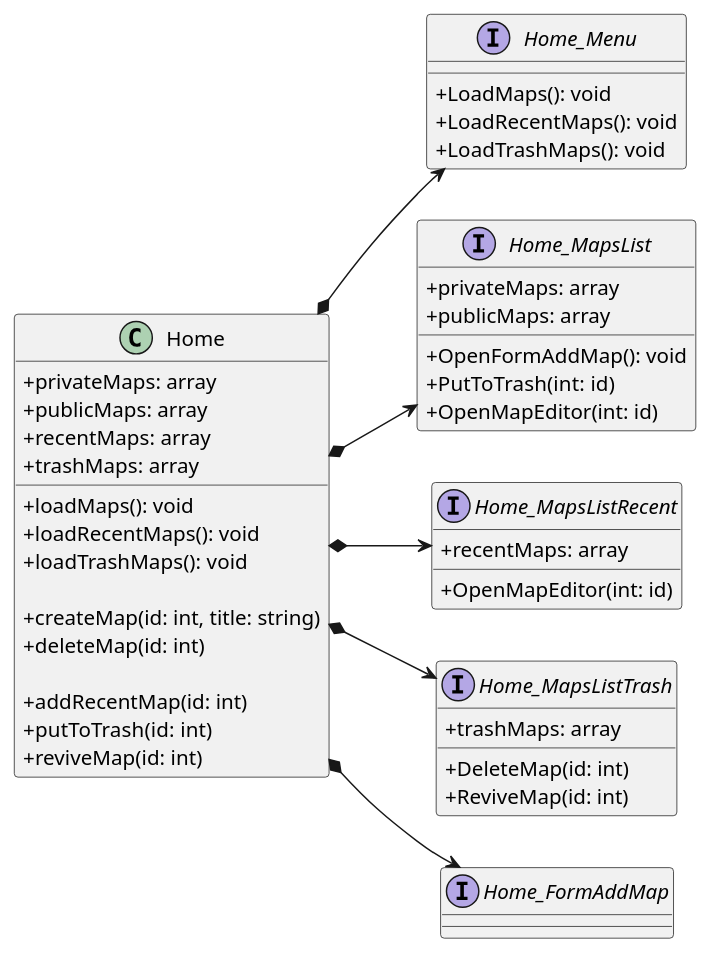
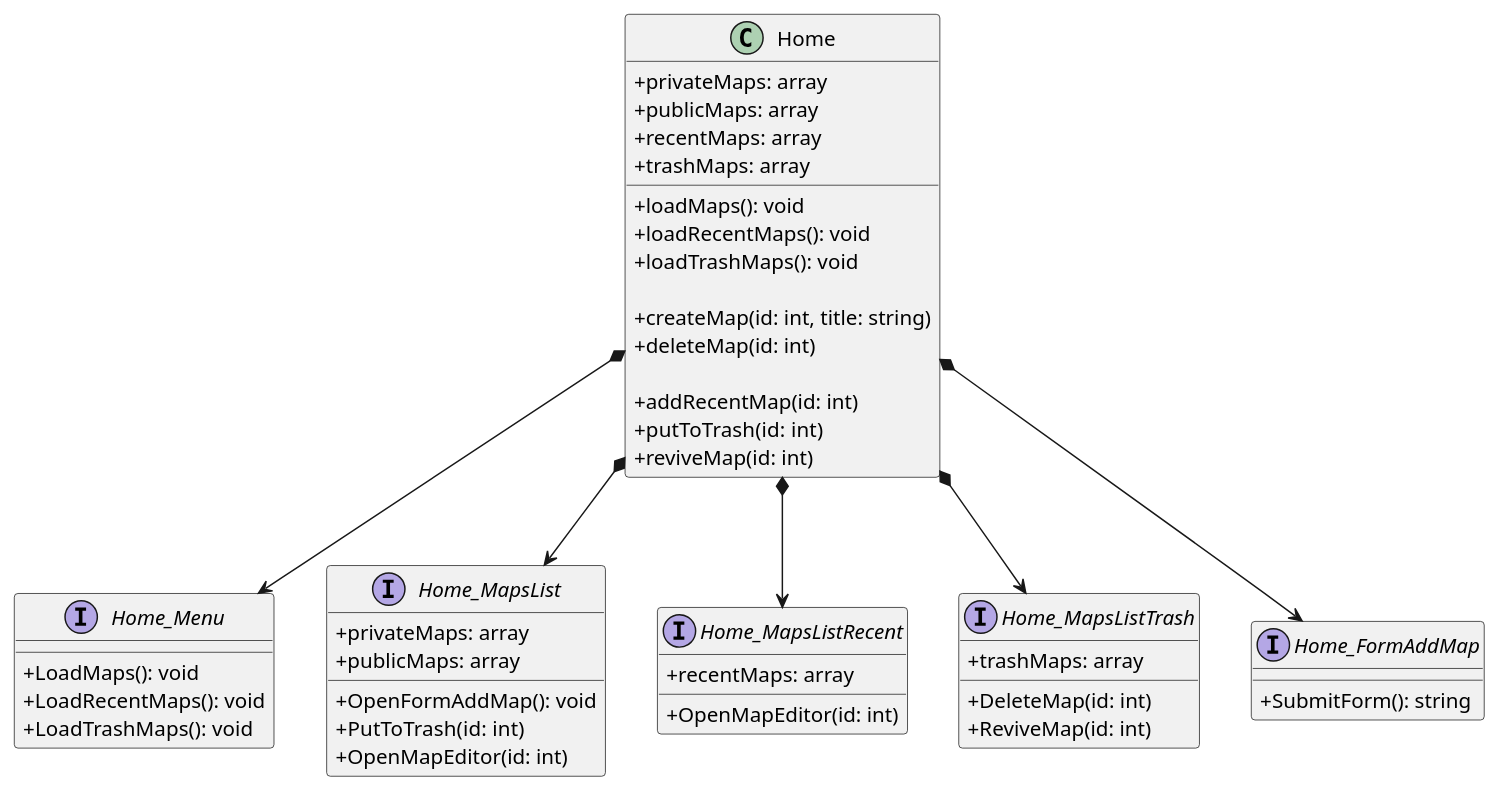
Before and after one commit to Stiivenson/project-exodus: the diagram in uml/Class diagram - Home.wsd, drawn with PlantUML. The commit also changed 37 other files, not shown here.

```diff
--- a/uml/Class diagram - Home.wsd
+++ b/uml/Class diagram - Home.wsd
@@ -1,57 +1,59 @@
 @startuml Use Case
 skinparam classAttributeIconSize 0
-left to right direction
+' left to right direction
 class Home {
         +privateMaps: array
         +publicMaps: array
         +recentMaps: array
         +trashMaps: array
 
         +loadMaps(): void
         +loadRecentMaps(): void
         +loadTrashMaps(): void
 
         +createMap(id: int, title: string)
         +deleteMap(id: int)
         
         +addRecentMap(id: int)
         +putToTrash(id: int)
         +reviveMap(id: int)
 }
 
 
 
 interface Home_Menu {
         +LoadMaps(): void
         +LoadRecentMaps(): void
         +LoadTrashMaps(): void
 }
 interface Home_MapsList {
         +privateMaps: array
         +publicMaps: array
 
         +OpenFormAddMap(): void
-        +PutToTrash(int: id)
-        +OpenMapEditor(int: id)
+        +PutToTrash(id: int)
+        +OpenMapEditor(id: int)
 }
 interface Home_MapsListRecent  {
         +recentMaps: array
 
-        +OpenMapEditor(int: id)
+        +OpenMapEditor(id: int)
 }
 interface Home_MapsListTrash {
         +trashMaps: array
 
         +DeleteMap(id: int)
         +ReviveMap(id: int)
 }
-interface Home_FormAddMap {}
+interface Home_FormAddMap {
+        +SubmitForm(): string
+}
 
 
 Home *--> Home_Menu
 Home *--> Home_MapsList
 Home *--> Home_MapsListRecent
 Home *--> Home_MapsListTrash
 Home *--> Home_FormAddMap
 
 @enduml
```
